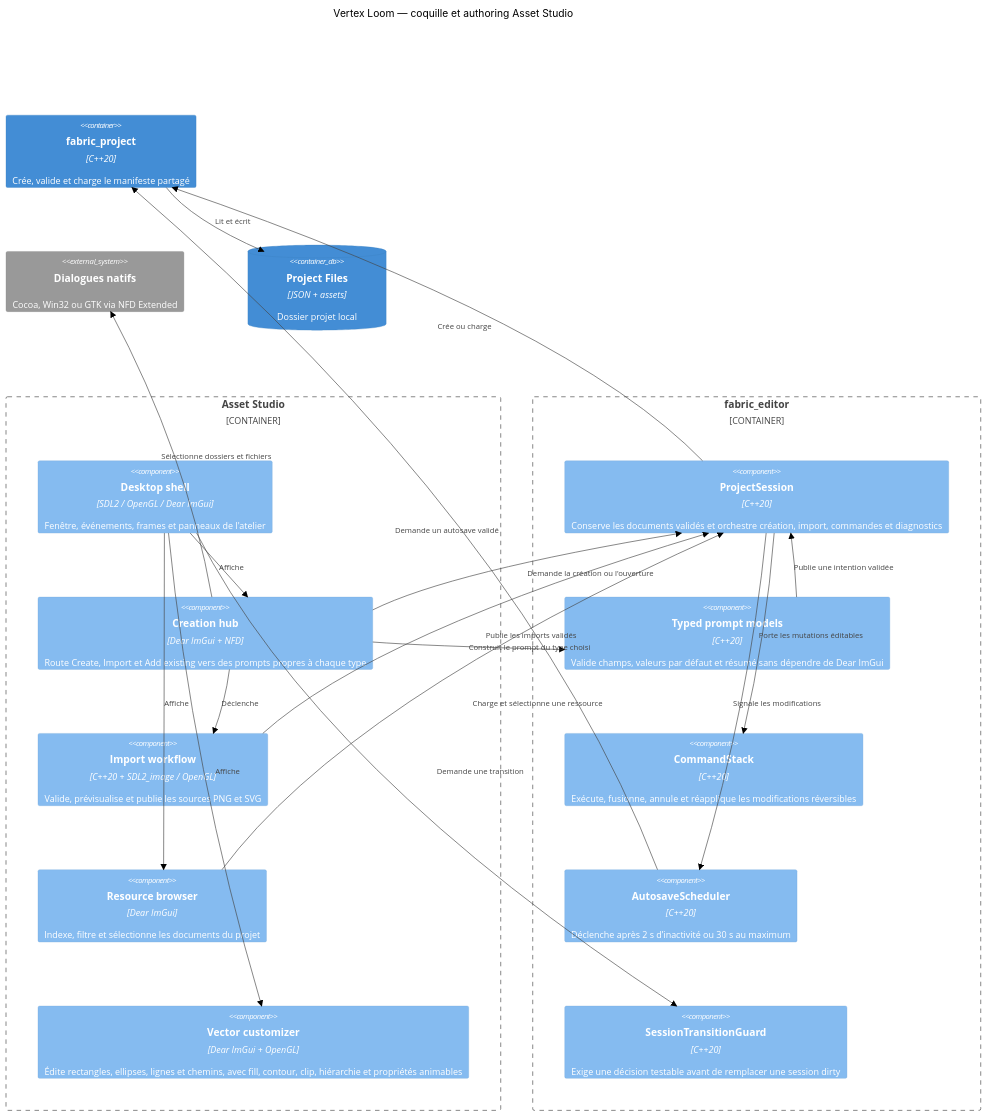
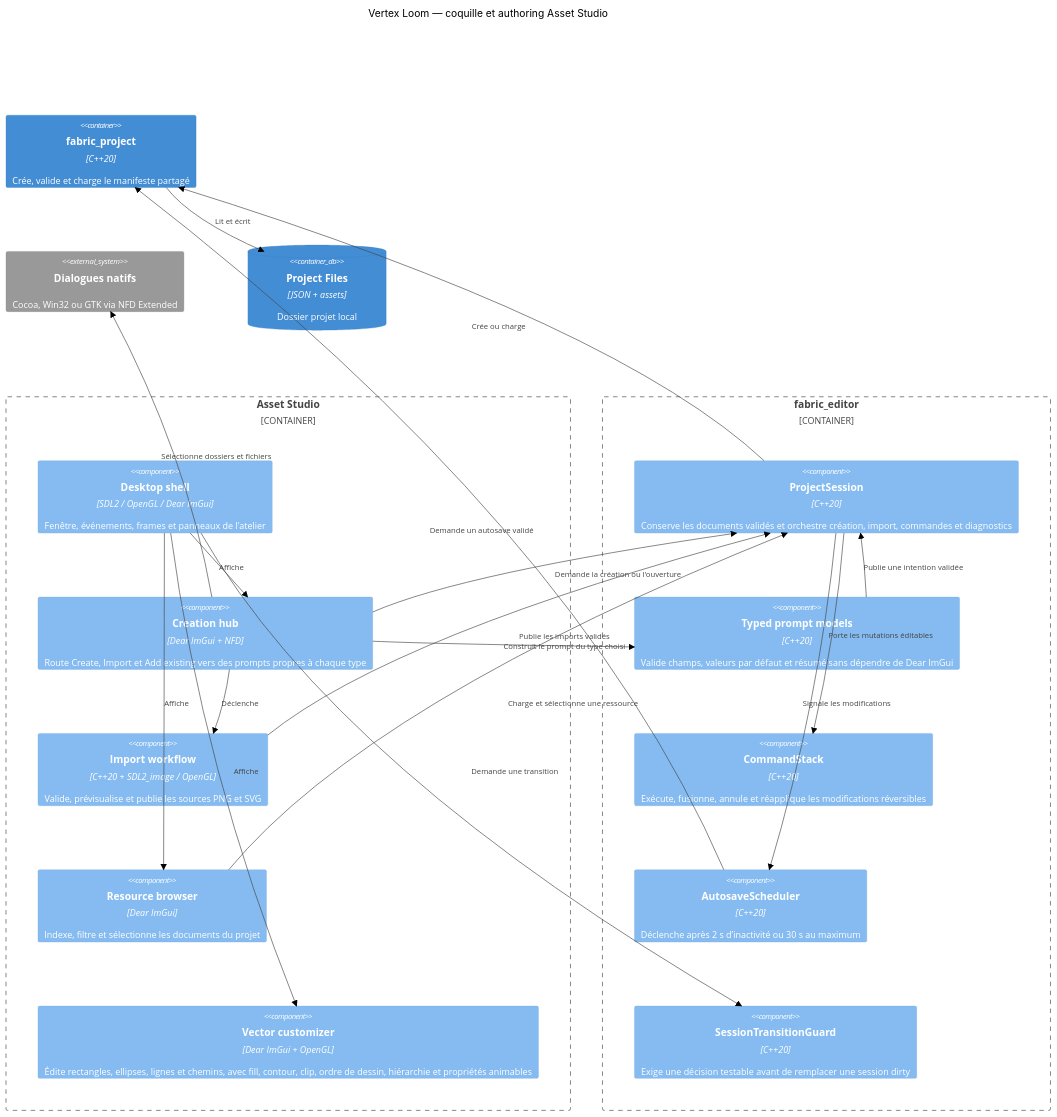
One commit to tristan-monticelli/vertex-loom changed the diagram in docs/architecture/components/editor-shell.md. Above: the diagram before and after it, drawn with Mermaid (neutral theme). The commit also changed other lines of this file and 6 other files, not shown here.

````diff
--- a/docs/architecture/components/editor-shell.md
+++ b/docs/architecture/components/editor-shell.md
@@ -3,37 +3,37 @@
 ```mermaid
 C4Component
     title Vertex Loom — coquille et authoring Asset Studio
     Container_Boundary(asset, "Asset Studio") {
         Component(shell, "Desktop shell", "SDL2 / OpenGL / Dear ImGui", "Fenêtre, événements, frames et panneaux de l'atelier")
         Component(project_ui, "Creation hub", "Dear ImGui + NFD", "Route Create, Import et Add existing vers des prompts propres à chaque type")
         Component(imports, "Import workflow", "C++20 + SDL2_image / OpenGL", "Valide, prévisualise et publie les sources PNG et SVG")
         Component(browser, "Resource browser", "Dear ImGui", "Indexe, filtre et sélectionne les documents du projet")
-        Component(customizer, "Vector customizer", "Dear ImGui + OpenGL", "Édite rectangles, ellipses, lignes et chemins, avec fill, contour, clip, hiérarchie et propriétés animables")
+        Component(customizer, "Vector customizer", "Dear ImGui + OpenGL", "Édite rectangles, ellipses, lignes et chemins, avec fill, contour, clip, ordre de dessin, hiérarchie et propriétés animables")
     }
     Container_Boundary(editor, "fabric_editor") {
         Component(session, "ProjectSession", "C++20", "Conserve les documents validés et orchestre création, import, commandes et diagnostics")
         Component(prompts, "Typed prompt models", "C++20", "Valide champs, valeurs par défaut et résumé sans dépendre de Dear ImGui")
         Component(history, "CommandStack", "C++20", "Exécute, fusionne, annule et réapplique les modifications réversibles")
         Component(scheduler, "AutosaveScheduler", "C++20", "Déclenche après 2 s d’inactivité ou 30 s au maximum")
         Component(transition, "SessionTransitionGuard", "C++20", "Exige une décision testable avant de remplacer une session dirty")
     }
     Container(project, "fabric_project", "C++20", "Crée, valide et charge le manifeste partagé")
     System_Ext(dialogs, "Dialogues natifs", "Cocoa, Win32 ou GTK via NFD Extended")
     ContainerDb(files, "Project Files", "JSON + assets", "Dossier projet local")
     Rel(shell, project_ui, "Affiche")
     Rel(project_ui, imports, "Déclenche")
     Rel(shell, browser, "Affiche")
     Rel(shell, customizer, "Affiche")
     Rel(browser, session, "Charge et sélectionne une ressource")
     Rel(project_ui, session, "Demande la création ou l'ouverture")
     Rel(project_ui, prompts, "Construit le prompt du type choisi")
     Rel(prompts, session, "Publie une intention validée")
     Rel(project_ui, dialogs, "Sélectionne dossiers et fichiers")
     Rel(imports, session, "Publie les imports validés")
     Rel(session, project, "Crée ou charge")
     Rel(session, history, "Porte les mutations éditables")
     Rel(session, scheduler, "Signale les modifications")
     Rel(shell, transition, "Demande une transition")
     Rel(scheduler, project, "Demande un autosave validé")
     Rel(project, files, "Lit et écrit")
 ```
````
